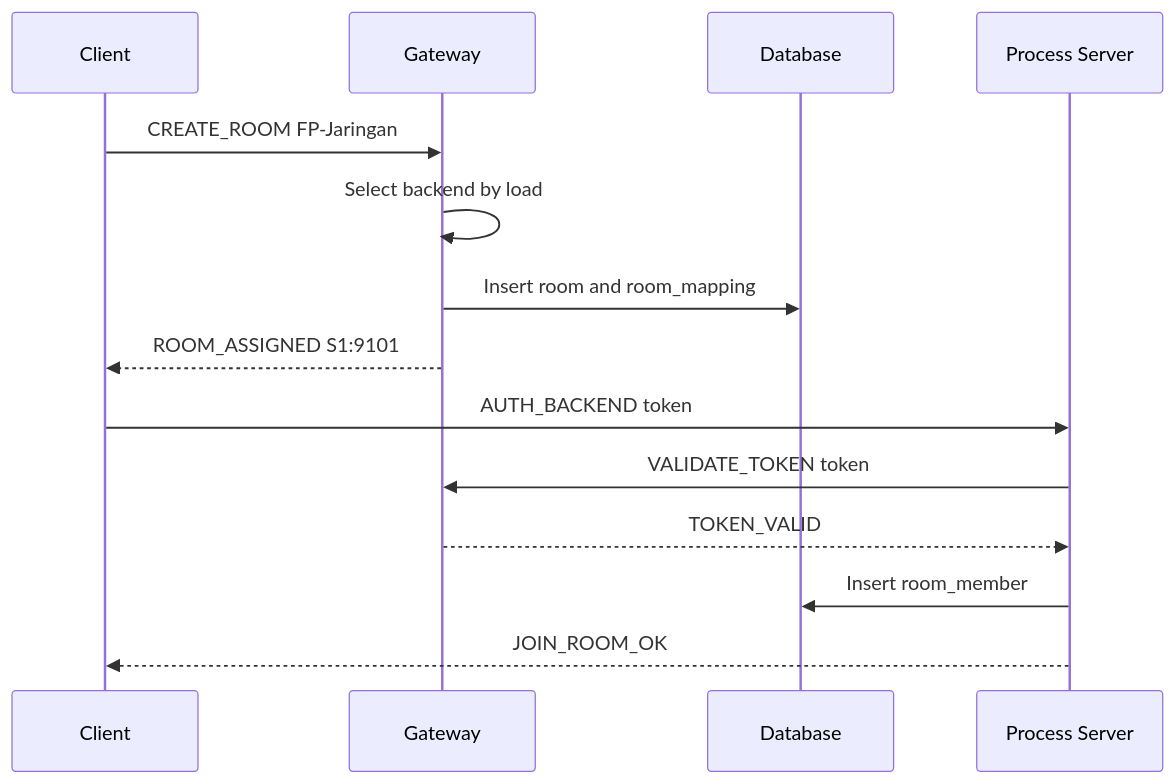
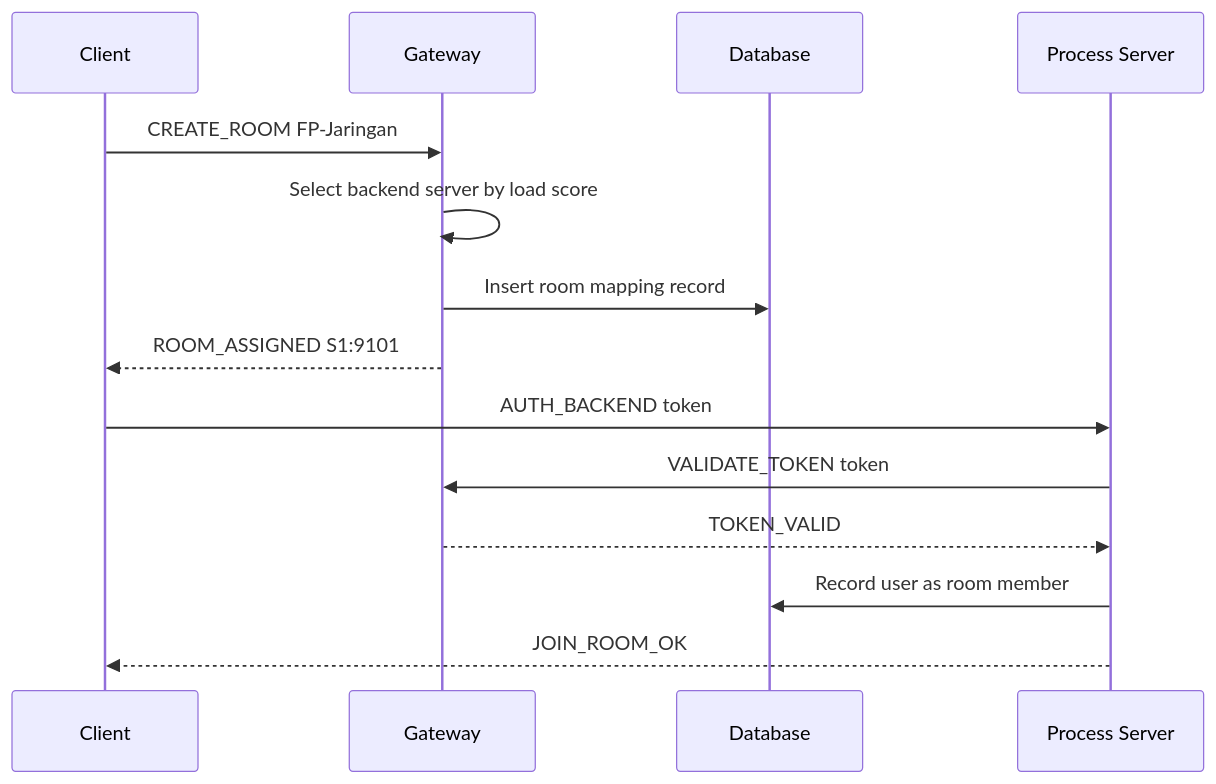
The fourth of 7 diagrams in docs/ARCHITECTURE.md (erlanggardr/netcourier), drawn with Mermaid before and after one commit. The commit also changed other lines of this file and 13 other files, not shown here.

````diff
--- a/docs/ARCHITECTURE.md
+++ b/docs/ARCHITECTURE.md
@@ -272,17 +260,17 @@
 ```mermaid
 sequenceDiagram
     participant C as Client
     participant G as Gateway
     participant DB as Database
     participant S as Process Server
 
     C->>G: CREATE_ROOM FP-Jaringan
-    G->>G: Select backend by load
-    G->>DB: Insert room and room_mapping
+    G->>G: Select backend server by load score
+    G->>DB: Insert room mapping record
     G-->>C: ROOM_ASSIGNED S1:9101
     C->>S: AUTH_BACKEND token
     S->>G: VALIDATE_TOKEN token
     G-->>S: TOKEN_VALID
-    S->>DB: Insert room_member
+    S->>DB: Record user as room member
     S-->>C: JOIN_ROOM_OK
 ```
````
